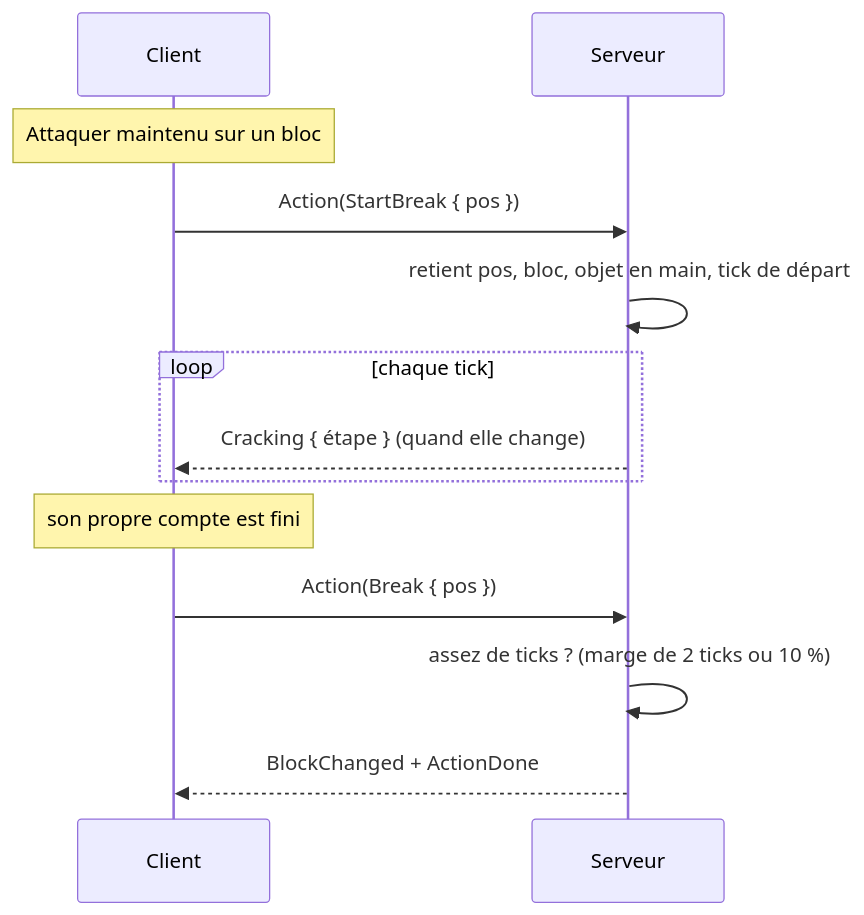
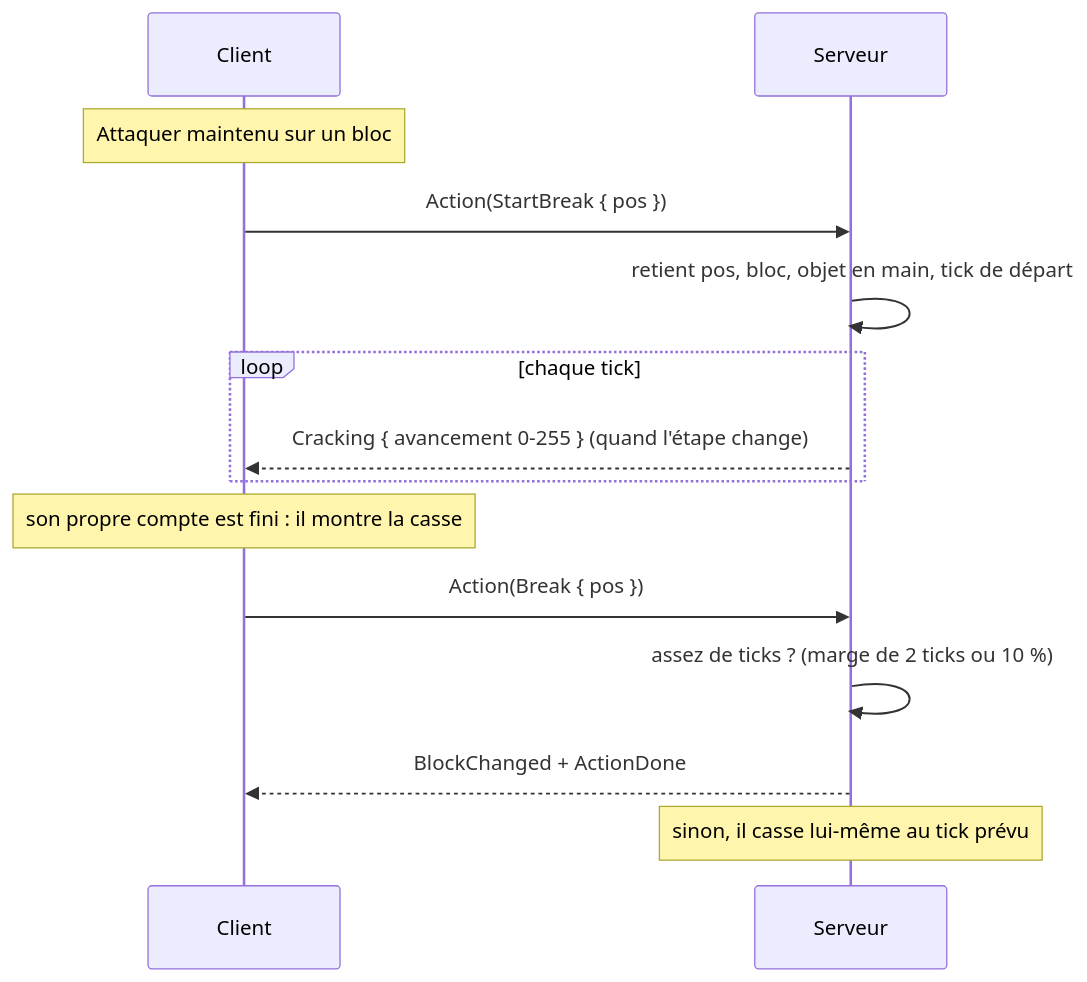
One commit to SinfulDice/strata-mundi changed the diagram in docs/explications/recolte.md. Above: the diagram before and after it, drawn with Mermaid. The commit also changed other lines of this file and 55 other files, not shown here.

````diff
--- a/docs/explications/recolte.md
+++ b/docs/explications/recolte.md
@@ -33,15 +33,16 @@
 ```mermaid
 sequenceDiagram
     participant C as Client
     participant S as Serveur
     Note over C: Attaquer maintenu sur un bloc
     C->>S: Action(StartBreak { pos })
     S->>S: retient pos, bloc, objet en main, tick de départ
     loop chaque tick
-        S-->>C: Cracking { étape } (quand elle change)
+        S-->>C: Cracking { avancement 0-255 } (quand l'étape change)
     end
-    Note over C: son propre compte est fini
+    Note over C: son propre compte est fini : il montre la casse
     C->>S: Action(Break { pos })
     S->>S: assez de ticks ? (marge de 2 ticks ou 10 %)
     S-->>C: BlockChanged + ActionDone
+    Note over S: sinon, il casse lui-même au tick prévu
 ```
````
